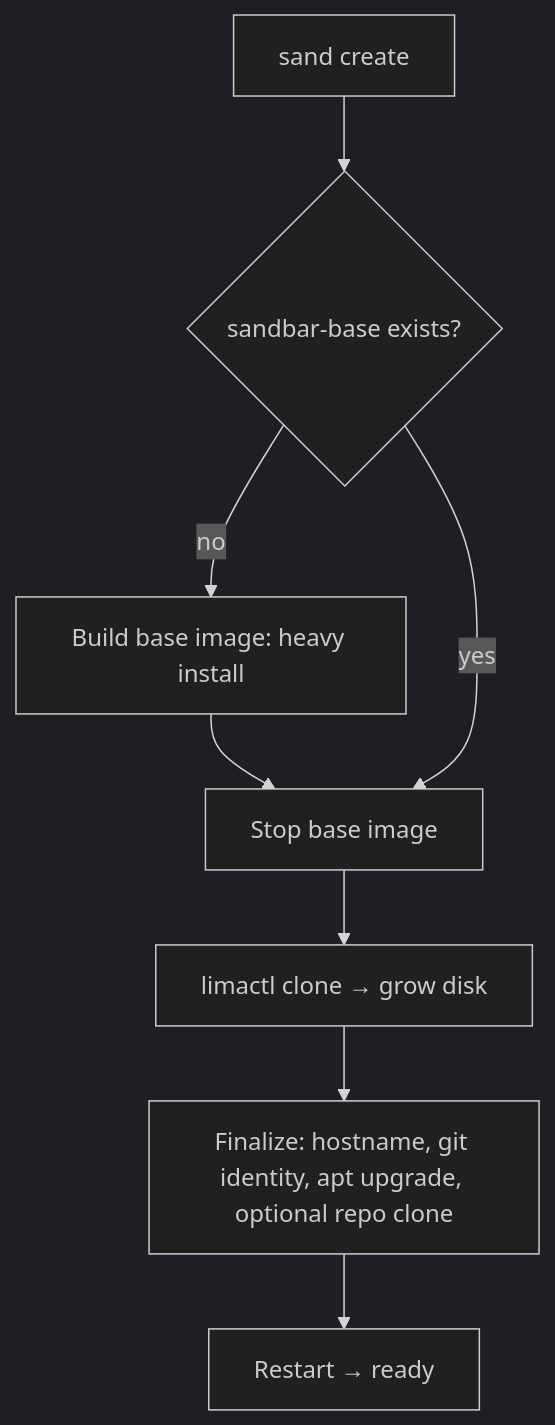
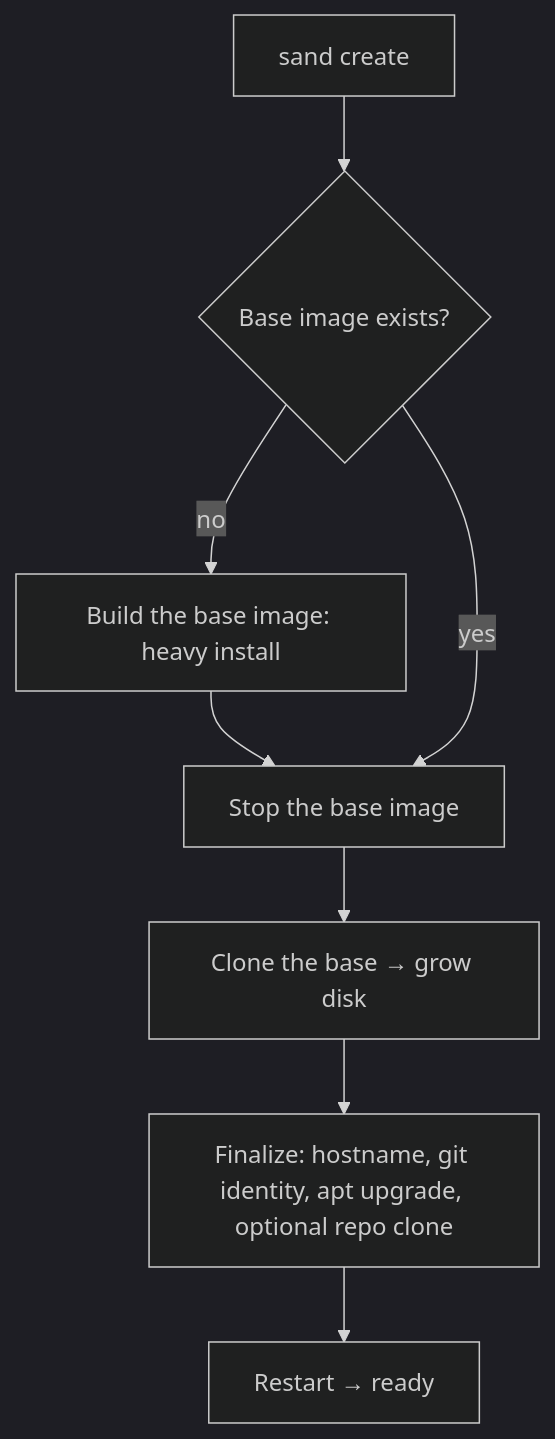
One commit to Lullabot/sandbar changed the diagram in docs/getting-started/how-it-works.md. Above: the diagram before and after it, drawn with Mermaid (dark theme). The commit also changed other lines of this file and 19 other files, not shown here.

````diff
--- a/docs/getting-started/how-it-works.md
+++ b/docs/getting-started/how-it-works.md
@@ -6,10 +7,10 @@
 ```mermaid
 graph TD
-    A[sand create] --> B{sandbar-base exists?}
-    B -- no --> C[Build base image: heavy install]
-    C --> D[Stop base image]
+    A[sand create] --> B{Base image exists?}
+    B -- no --> C[Build the base image: heavy install]
+    C --> D[Stop the base image]
     B -- yes --> D
-    D --> E[limactl clone → grow disk]
+    D --> E[Clone the base → grow disk]
     E --> F[Finalize: hostname, git identity, apt upgrade, optional repo clone]
     F --> G[Restart → ready]
 ```
````
